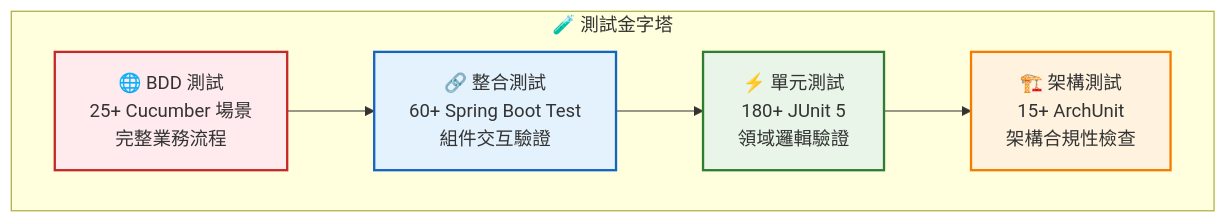
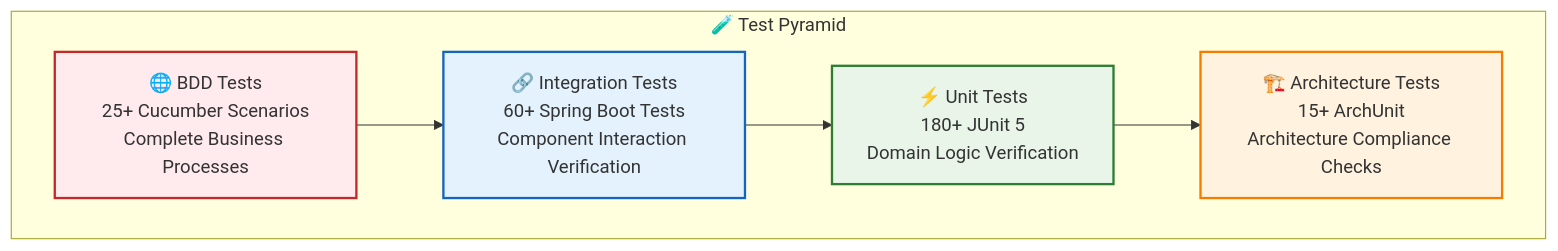
The fifth of 5 diagrams in docs/architecture/overview.md (humank/genai-demo), drawn with Mermaid before and after one commit. The commit also changed other lines of this file and 453 other files, not shown here.

First line of the commit message:
feat: Complete translation of key architecture and API documentation

````diff
--- a/docs/architecture/overview.md
+++ b/docs/architecture/overview.md
@@ -317,23 +317,23 @@
 ```mermaid
 graph TB
-    subgraph "🧪 測試金字塔"
-        E2E["🌐 BDD 測試<br/>25+ Cucumber 場景<br/>完整業務流程"]
-        INT["🔗 整合測試<br/>60+ Spring Boot Test<br/>組件交互驗證"]
-        UNIT["⚡ 單元測試<br/>180+ JUnit 5<br/>領域邏輯驗證"]
-        ARCH["🏗️ 架構測試<br/>15+ ArchUnit<br/>架構合規性檢查"]
+    subgraph "🧪 Test Pyramid"
+        E2E["🌐 BDD Tests<br/>25+ Cucumber Scenarios<br/>Complete Business Processes"]
+        INT["🔗 Integration Tests<br/>60+ Spring Boot Tests<br/>Component Interaction Verification"]
+        UNIT["⚡ Unit Tests<br/>180+ JUnit 5<br/>Domain Logic Verification"]
+        ARCH["🏗️ Architecture Tests<br/>15+ ArchUnit<br/>Architecture Compliance Checks"]
     end
     
     E2E --> INT
     INT --> UNIT
     UNIT --> ARCH
     
     classDef e2e fill:#ffebee,stroke:#c62828,stroke-width:2px
     classDef integration fill:#e3f2fd,stroke:#1565c0,stroke-width:2px
     classDef unit fill:#e8f5e8,stroke:#2e7d32,stroke-width:2px
     classDef architecture fill:#fff3e0,stroke:#f57c00,stroke-width:2px
     
     class E2E e2e
     class INT integration
     class UNIT unit
     class ARCH architecture
 ```
````
